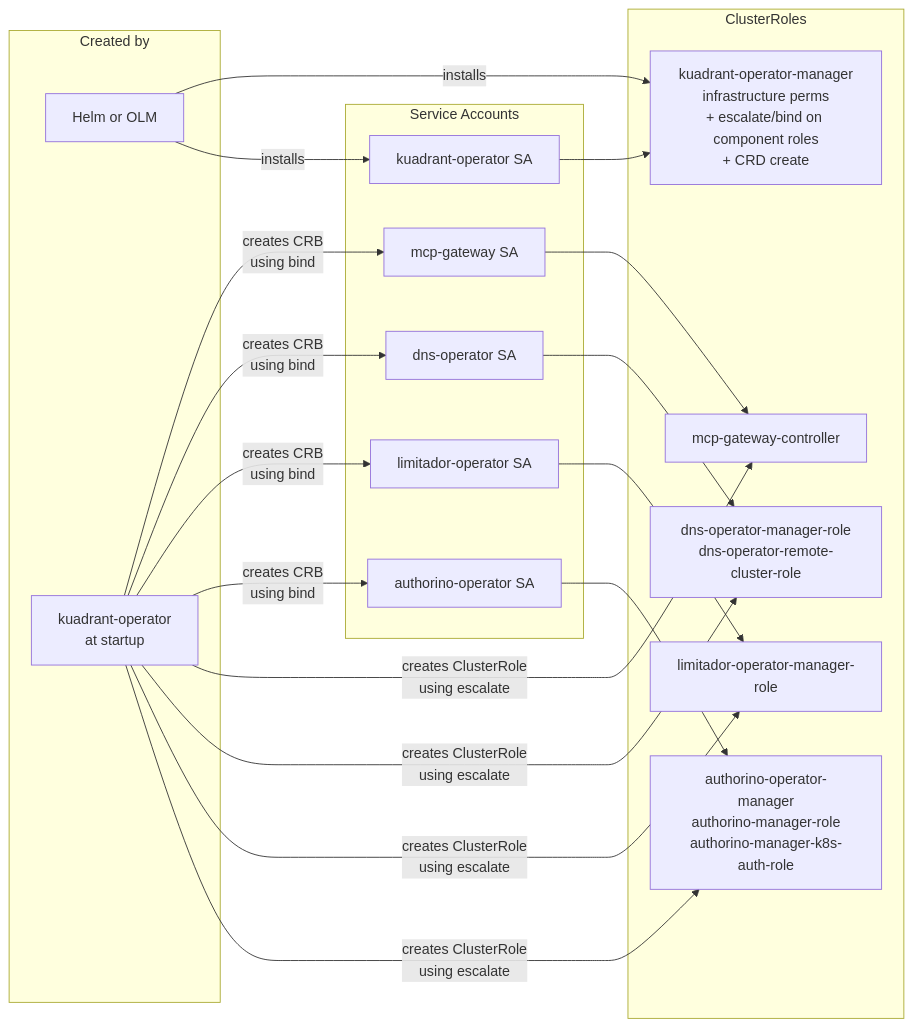
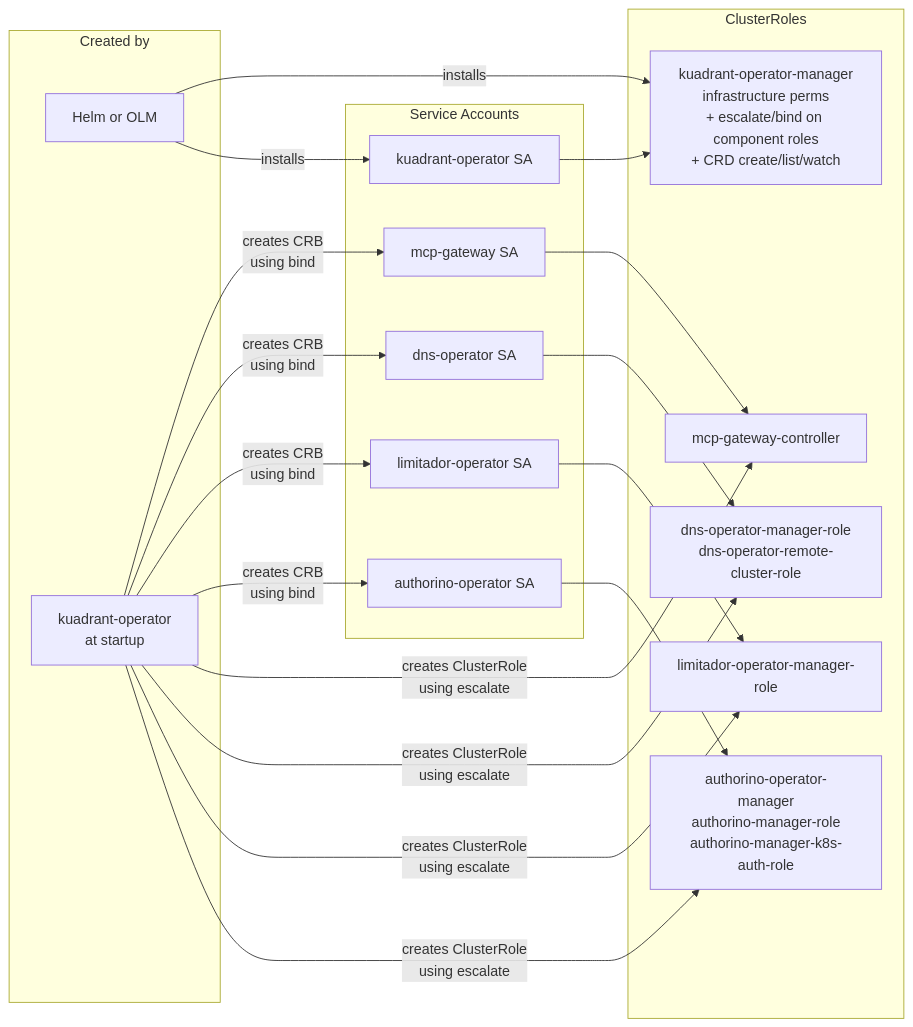
Before and after one commit to Kuadrant/architecture: the fifth of 6 diagrams in rfcs/0019-olmv1-operator-consolidation/architecture-diagrams.md, drawn with Mermaid. The commit also changed other lines of this file and 1 other file, not shown here.

First line of the commit message:
docs: update RFC 0019 for KuadrantControlPlane CRD

````diff
--- a/rfcs/0019-olmv1-operator-consolidation/architecture-diagrams.md
+++ b/rfcs/0019-olmv1-operator-consolidation/architecture-diagrams.md
@@ -137,40 +148,40 @@
 ```mermaid
 graph LR
     subgraph sa["Service Accounts"]
         KSA["kuadrant-operator SA"]
         ASA["authorino-operator SA"]
         LSA["limitador-operator SA"]
         DSA["dns-operator SA"]
         MSA["mcp-gateway SA"]
     end
 
     subgraph roles["ClusterRoles"]
-        KR["kuadrant-operator-manager<br/>infrastructure perms<br/>+ escalate/bind on component roles<br/>+ CRD create"]
+        KR["kuadrant-operator-manager<br/>infrastructure perms<br/>+ escalate/bind on component roles<br/>+ CRD create/list/watch"]
         AR["authorino-operator-manager<br/>authorino-manager-role<br/>authorino-manager-k8s-auth-role"]
         LR_["limitador-operator-manager-role"]
         DR["dns-operator-manager-role<br/>dns-operator-remote-cluster-role"]
         MR["mcp-gateway-controller"]
     end
 
     subgraph who["Created by"]
         OLM_H["Helm or OLM"]
         KUADRANT["kuadrant-operator<br/>at startup"]
     end
 
     OLM_H -->|"installs"| KSA
     OLM_H -->|"installs"| KR
     KSA --> KR
 
     KUADRANT -->|"creates ClusterRole<br/>using escalate"| AR
     KUADRANT -->|"creates ClusterRole<br/>using escalate"| LR_
     KUADRANT -->|"creates ClusterRole<br/>using escalate"| DR
     KUADRANT -->|"creates ClusterRole<br/>using escalate"| MR
     KUADRANT -->|"creates CRB<br/>using bind"| ASA
     KUADRANT -->|"creates CRB<br/>using bind"| LSA
     KUADRANT -->|"creates CRB<br/>using bind"| DSA
     KUADRANT -->|"creates CRB<br/>using bind"| MSA
     ASA --> AR
     LSA --> LR_
     DSA --> DR
     MSA --> MR
 ```
````
